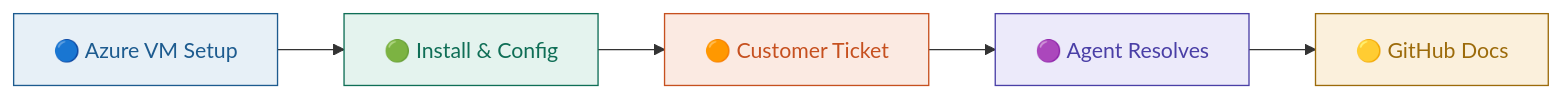
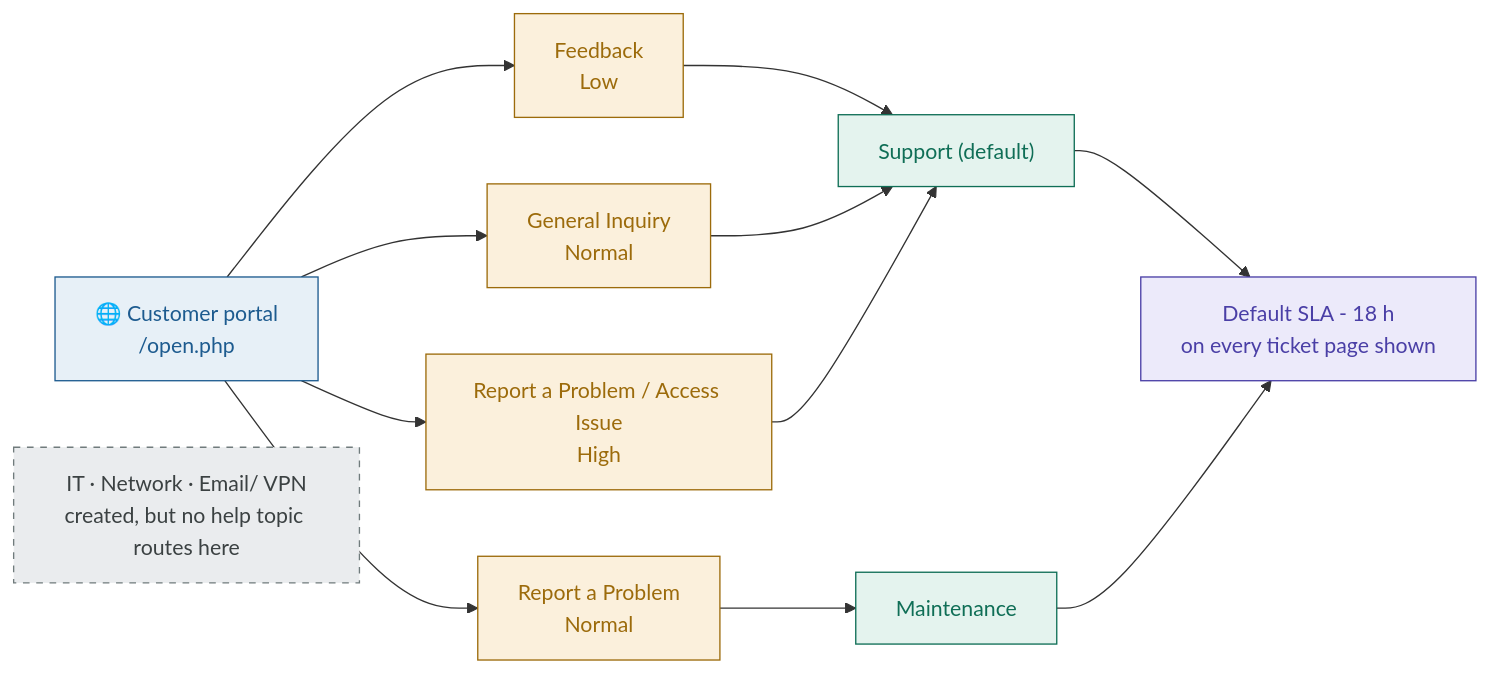
Before and after one commit to malaika-azhar/Real-World-Tier2-Support-Projects: the second of 4 diagrams in project-2-osticket-helpdesk-deployment/README.md, drawn with Mermaid. The commit also changed other lines of this file, not shown here.

````diff
--- a/project-2-osticket-helpdesk-deployment/README.md
+++ b/project-2-osticket-helpdesk-deployment/README.md
@@ -23,13 +405,20 @@
 ```mermaid
 flowchart LR
-    A[🔵 Azure VM Setup]:::setup --> B[🟢 Install & Config]:::config
-    B --> C[🟠 Customer Ticket]:::customer
-    C --> D[🟣 Agent Resolves]:::agent
-    D --> E[🟡 GitHub Docs]:::docs
+    P["🌐 Customer portal<br/>/open.php"]:::portal --> HT1["Feedback<br/>Low"]:::topic
+    P --> HT2["General Inquiry<br/>Normal"]:::topic
+    P --> HT3["Report a Problem<br/>Normal"]:::topic
+    P --> HT4["Report a Problem / Access Issue<br/>High"]:::topic
+    HT1 --> D1["Support (default)"]:::dept
+    HT2 --> D1
+    HT4 --> D1
+    HT3 --> D2["Maintenance"]:::dept
+    D1 --> SLA["Default SLA - 18 h<br/>on every ticket page shown"]:::sla
+    D2 --> SLA
+    NEW["IT · Network · Email/ VPN<br/>created, but no help topic routes here"]:::unused
 
-    classDef setup fill:#E7F0F7,stroke:#1D5B8F,stroke-width:1px,color:#1D5B8F
-    classDef config fill:#E4F3EE,stroke:#0F6E56,stroke-width:1px,color:#0F6E56
-    classDef customer fill:#FBEAE2,stroke:#C6501F,stroke-width:1px,color:#C6501F
-    classDef agent fill:#ECEAFA,stroke:#4A3FA6,stroke-width:1px,color:#4A3FA6
-    classDef docs fill:#FBF0DC,stroke:#9C6B0B,stroke-width:1px,color:#9C6B0B
+    classDef portal fill:#E7F0F7,stroke:#1D5B8F,color:#1D5B8F
+    classDef topic fill:#FBF0DC,stroke:#9C6B0B,color:#9C6B0B
+    classDef dept fill:#E4F3EE,stroke:#0F6E56,color:#0F6E56
+    classDef sla fill:#ECEAFA,stroke:#4A3FA6,color:#4A3FA6
+    classDef unused fill:#EAECEE,stroke:#707B7C,color:#3B4142,stroke-dasharray: 5 5
 ```
````
